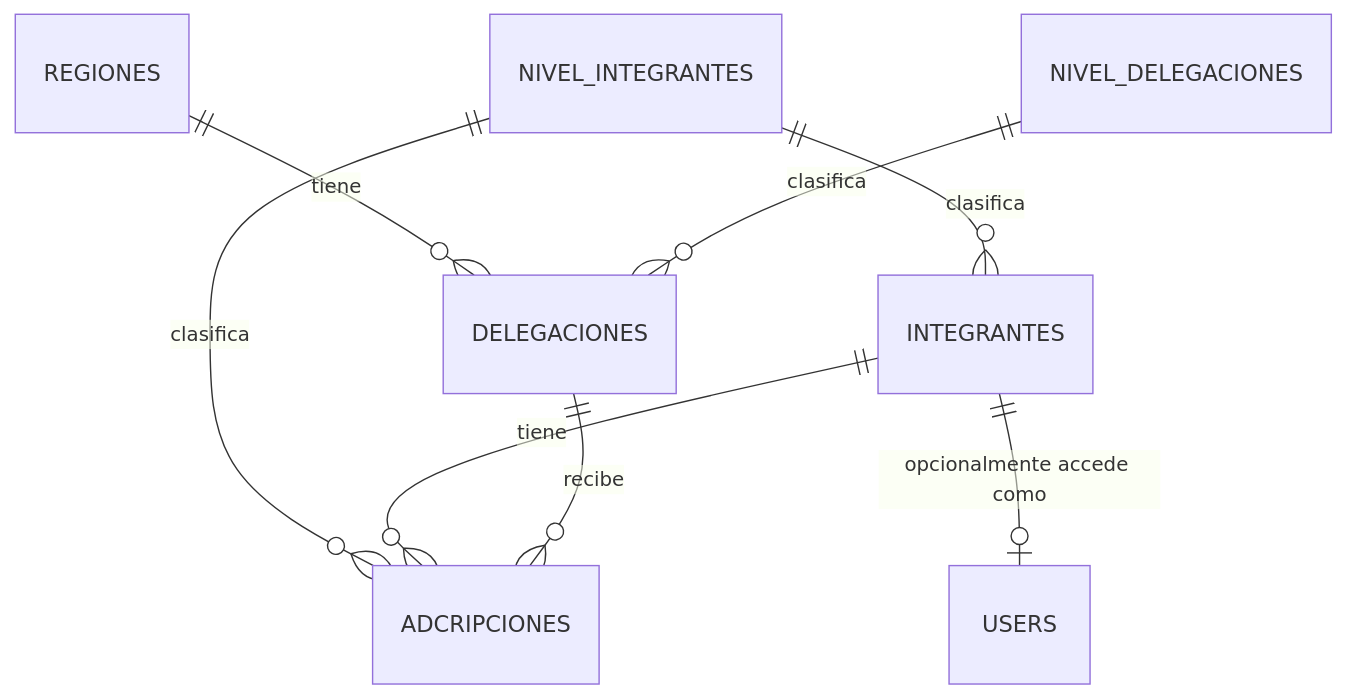
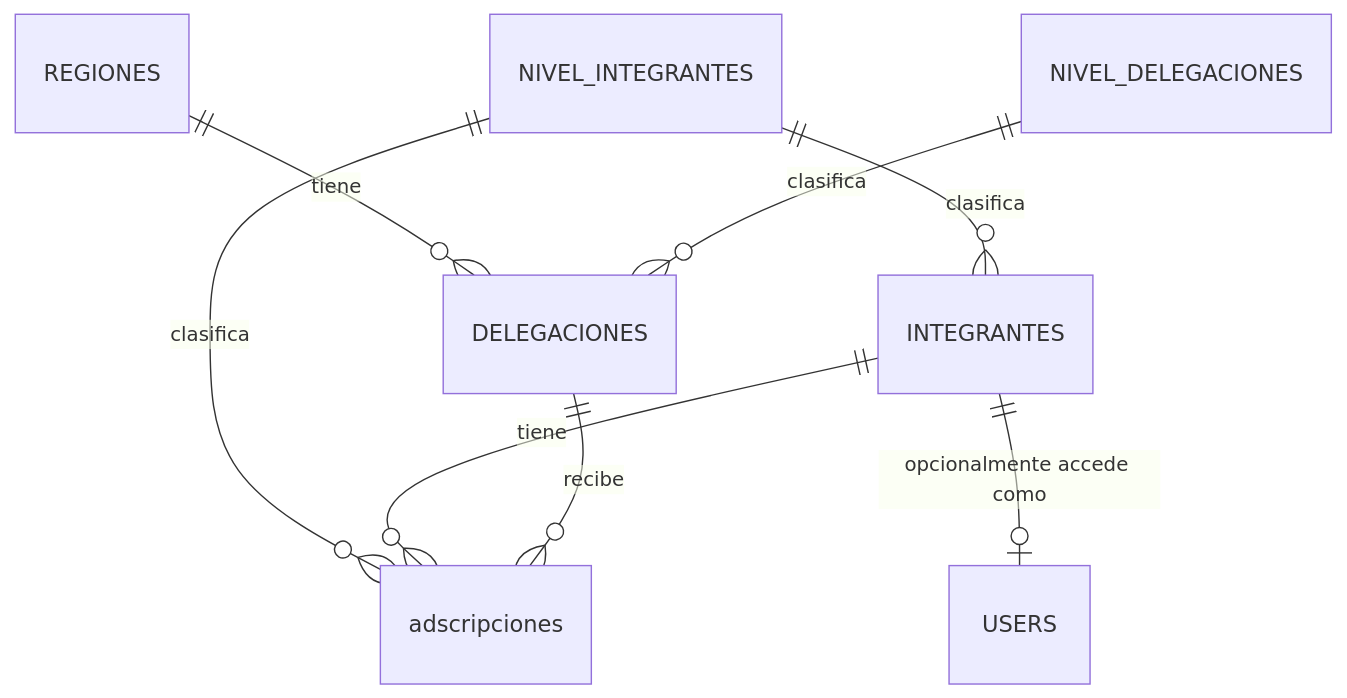
One commit to sistemas-snte56/sies56 changed the diagram in docs/DATABASE.md. Above: the diagram before and after it, drawn with Mermaid. The commit also changed other lines of this file and 12 other files, not shown here.

````diff
--- a/docs/DATABASE.md
+++ b/docs/DATABASE.md
@@ -9,10 +9,10 @@
 ```mermaid
 erDiagram
     REGIONES ||--o{ DELEGACIONES : "tiene"
     NIVEL_DELEGACIONES ||--o{ DELEGACIONES : "clasifica"
     NIVEL_INTEGRANTES ||--o{ INTEGRANTES : "clasifica"
-    NIVEL_INTEGRANTES ||--o{ ADCRIPCIONES : "clasifica"
-    INTEGRANTES ||--o{ ADCRIPCIONES : "tiene"
-    DELEGACIONES ||--o{ ADCRIPCIONES : "recibe"
+    NIVEL_INTEGRANTES ||--o{ adscripciones : "clasifica"
+    INTEGRANTES ||--o{ adscripciones : "tiene"
+    DELEGACIONES ||--o{ adscripciones : "recibe"
     INTEGRANTES ||--o| USERS : "opcionalmente accede como"
 ```
````
